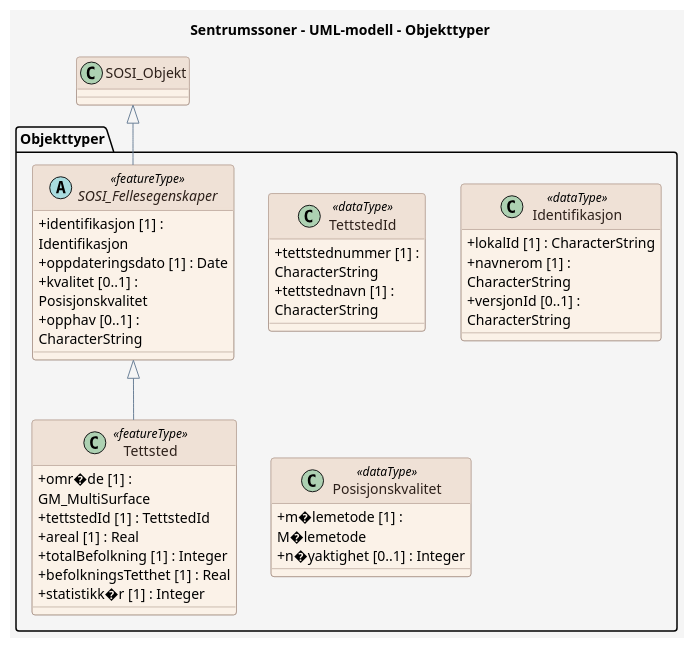
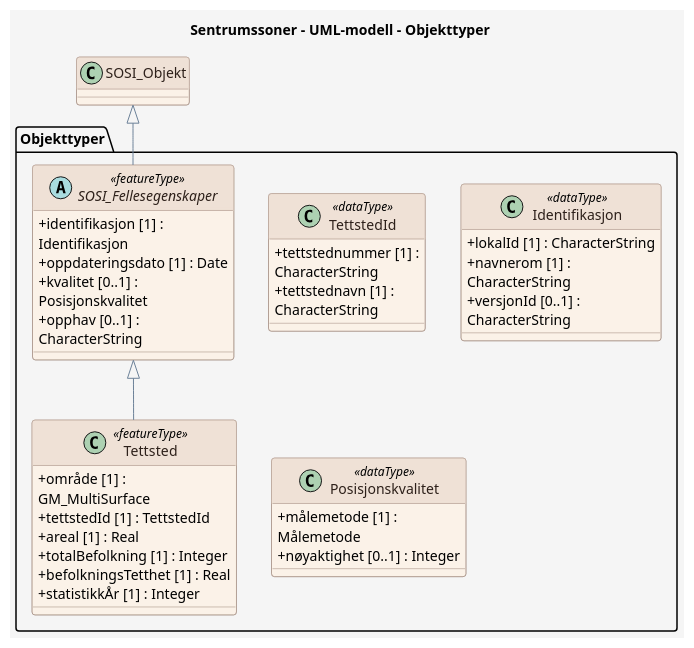
One commit to ToreFreddyB/produktspesifikasjon_ssb changed the diagram in produktspesifikasjon/sentrumssoner/uml-modell/uml-modell_feature_catalogue.puml. Above: the diagram before and after it, drawn with PlantUML. The commit also changed 5 other files, not shown here.

```diff
--- a/produktspesifikasjon/sentrumssoner/uml-modell/uml-modell_feature_catalogue.puml
+++ b/produktspesifikasjon/sentrumssoner/uml-modell/uml-modell_feature_catalogue.puml
@@ -1,69 +1,69 @@
 @startuml
 ' For wide diagrams, render with: plantuml -DPLANTUML_LIMIT_SIZE=16384 ...
 ' The 'scale max' directive below caps the rendered output to prevent the
 ' default PlantUML 4096px size limit from cropping the diagram.
 scale max 4000*4000
 
 title Sentrumssoner - UML-modell - Objekttyper
 
 skinparam backgroundColor #F5F5F5
 skinparam shadowing false
 skinparam RoundCorner 6
 skinparam ArrowColor #6C8198
 skinparam wrapWidth 200
 skinparam class {
   BackgroundColor #FBF2E8
   BorderColor #9C8578
   FontColor #2D201A
   HeaderBackgroundColor #EFE1D6
   HeaderFontColor #2D201A
   AttributeIconSize 0
 }
 skinparam note {
   BackgroundColor #FFFFFF
   BorderColor #6C8198
   FontColor #2D201A
 }
 skinparam stereotypeCBackgroundColor #EAD9CE
 skinparam stereotypeCBorderColor #9C8578
 skinparam stereotypeCFontColor #2D201A
 
 package "Objekttyper" {
 
   class Tettsted <<featureType>> {
-    + omr�de [1] : GM_MultiSurface
+    + område [1] : GM_MultiSurface
     + tettstedId [1] : TettstedId
     + areal [1] : Real
     + totalBefolkning [1] : Integer
     + befolkningsTetthet [1] : Real
-    + statistikk�r [1] : Integer
+    + statistikkÅr [1] : Integer
   }
 
   abstract class SOSI_Fellesegenskaper <<featureType>> {
     + identifikasjon [1] : Identifikasjon
     + oppdateringsdato [1] : Date
     + kvalitet [0..1] : Posisjonskvalitet
     + opphav [0..1] : CharacterString
   }
 
   class TettstedId <<dataType>> {
     + tettstednummer [1] : CharacterString
     + tettstednavn [1] : CharacterString
   }
 
   class Identifikasjon <<dataType>> {
     + lokalId [1] : CharacterString
     + navnerom [1] : CharacterString
     + versjonId [0..1] : CharacterString
   }
 
   class Posisjonskvalitet <<dataType>> {
-    + m�lemetode [1] : M�lemetode
-    + n�yaktighet [0..1] : Integer
+    + målemetode [1] : Målemetode
+    + nøyaktighet [0..1] : Integer
   }
 }
 
   SOSI_Fellesegenskaper <|-- Tettsted
   SOSI_Objekt <|-- SOSI_Fellesegenskaper
 
 @enduml
```
